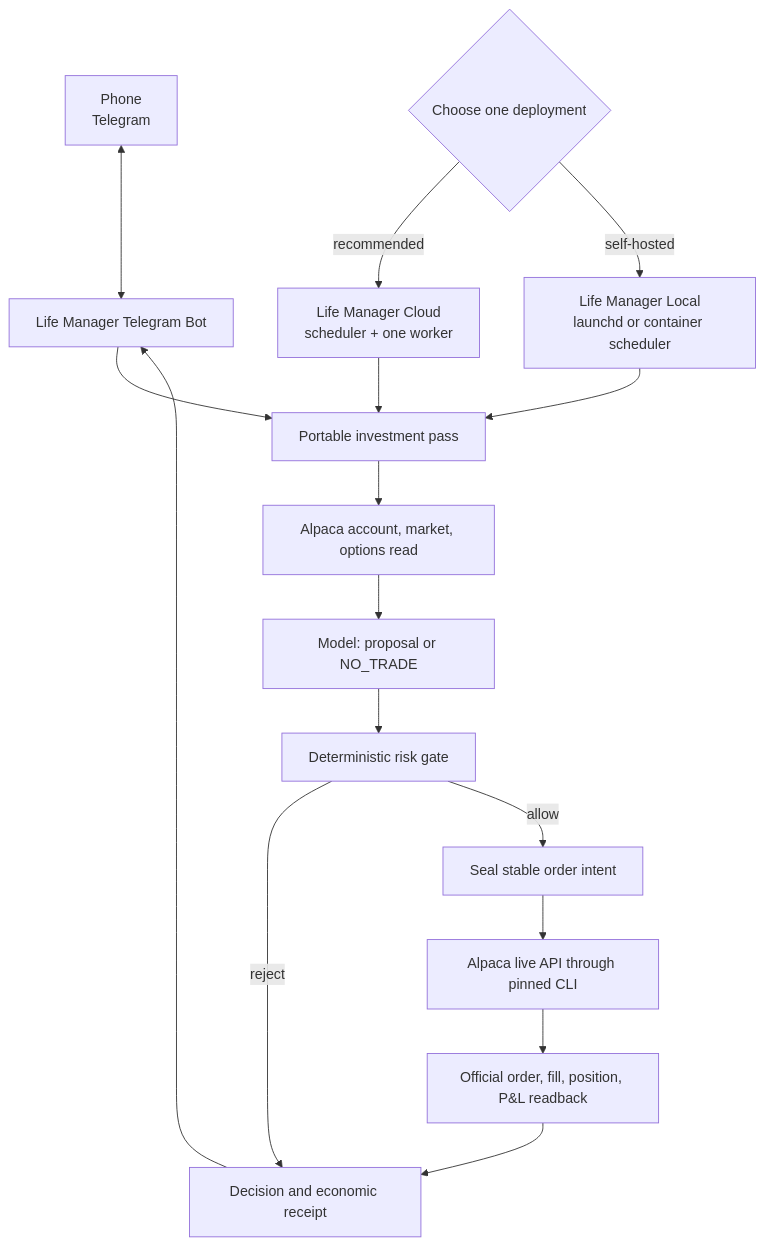
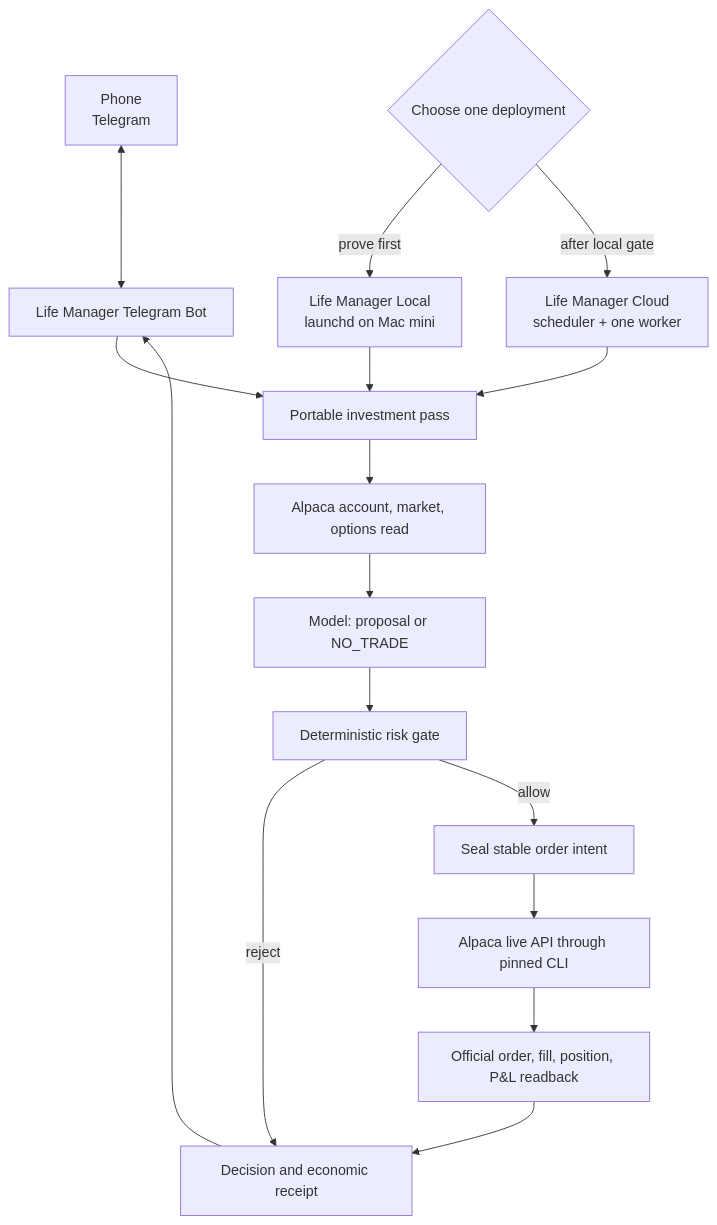
Before and after one commit to Daisuke134/anicca: the third of 3 diagrams in docs/superpowers/specs/2026-09-01-alpaca-money-maximizer-design.md, drawn with Mermaid. The commit also changed other lines of this file and 1 other file, not shown here.

Commit message:
docs: prove Alpaca live loop locally first

````diff
--- a/docs/superpowers/specs/2026-09-01-alpaca-money-maximizer-design.md
+++ b/docs/superpowers/specs/2026-09-01-alpaca-money-maximizer-design.md
@@ -657,21 +659,21 @@
 ```mermaid
 flowchart TD
     PHONE["Phone<br/>Telegram"] <--> BOT["Life Manager Telegram Bot"]
     BOT --> RUNNER
 
     CHOOSE{"Choose one deployment"}
-    CHOOSE -->|recommended| CLOUD["Life Manager Cloud<br/>scheduler + one worker"]
-    CHOOSE -->|self-hosted| LOCAL["Life Manager Local<br/>launchd or container scheduler"]
+    CHOOSE -->|prove first| LOCAL["Life Manager Local<br/>launchd on Mac mini"]
+    CHOOSE -->|after local gate| CLOUD["Life Manager Cloud<br/>scheduler + one worker"]
     CLOUD --> RUNNER["Portable investment pass"]
     LOCAL --> RUNNER
 
     RUNNER --> OBSERVE["Alpaca account, market, options read"]
     OBSERVE --> MODEL["Model: proposal or NO_TRADE"]
     MODEL --> RISK["Deterministic risk gate"]
     RISK -->|reject| RECEIPT["Decision and economic receipt"]
     RISK -->|allow| INTENT["Seal stable order intent"]
     INTENT --> ALPACA["Alpaca live API through pinned CLI"]
     ALPACA --> RECON["Official order, fill, position, P&L readback"]
     RECON --> RECEIPT
     RECEIPT --> BOT
 ```
````
